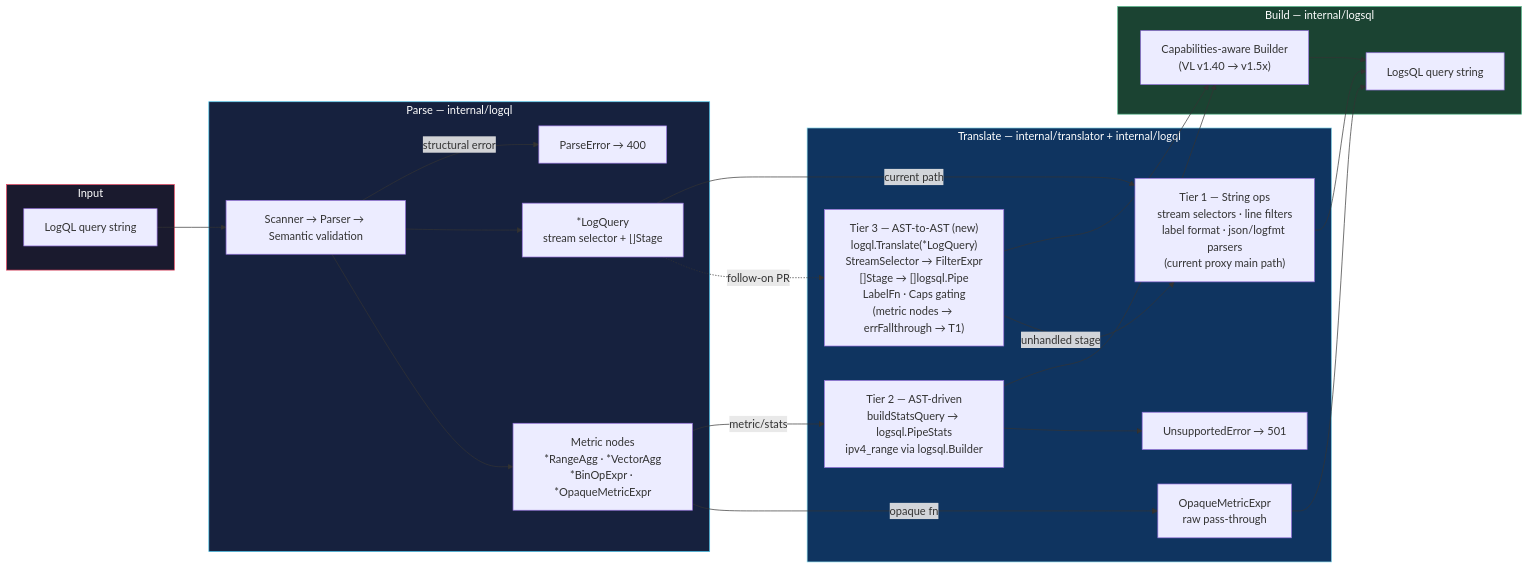
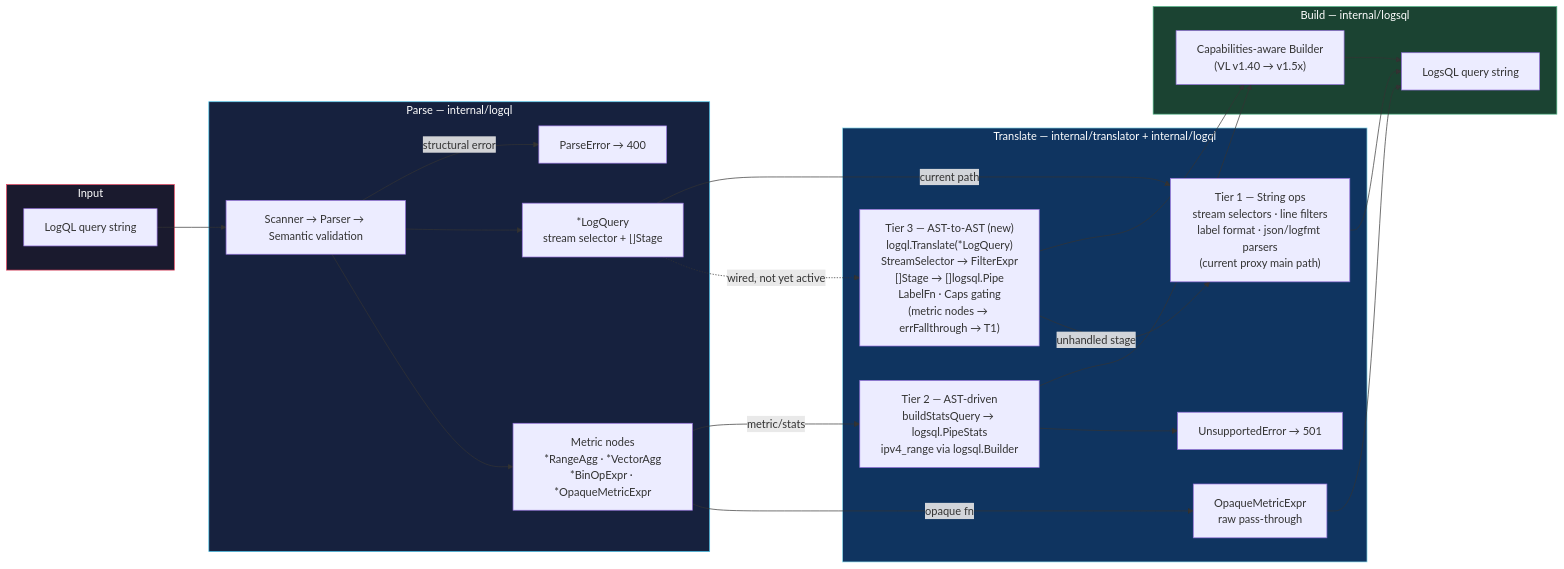
Before and after one commit to ReliablyObserve/loki-vl-proxy: the seventh of 7 diagrams in docs/architecture.md, drawn with Mermaid. The commit also changed other lines of this file and 27 other files, not shown here.

````diff
--- a/docs/architecture.md
+++ b/docs/architecture.md
@@ -385,49 +385,49 @@
 ```mermaid
 flowchart LR
     subgraph Input["Input"]
         LQ["LogQL query string"]
     end
 
     subgraph Parse["Parse — internal/logql"]
         PARSE["Scanner → Parser → Semantic validation"]
         PERR["ParseError → 400"]
         AST_LOG["*LogQuery\nstream selector + []Stage"]
         AST_MET["Metric nodes\n*RangeAgg · *VectorAgg\n*BinOpExpr · *OpaqueMetricExpr"]
     end
 
     subgraph Translate["Translate — internal/translator + internal/logql"]
         T1["Tier 1 — String ops\nstream selectors · line filters\nlabel format · json/logfmt parsers\n(current proxy main path)"]
         T2["Tier 2 — AST-driven\nbuildStatsQuery → logsql.PipeStats\nipv4_range via logsql.Builder"]
         T3["Tier 3 — AST-to-AST (new)\nlogql.Translate(*LogQuery)\nStreamSelector → FilterExpr\n[]Stage → []logsql.Pipe\nLabelFn · Caps gating\n(metric nodes → errFallthrough → T1)"]
         UNSUP["UnsupportedError → 501"]
         RAW["OpaqueMetricExpr\nraw pass-through"]
     end
 
     subgraph Build["Build — internal/logsql"]
         BUILDER["Capabilities-aware Builder\n(VL v1.40 → v1.5x)"]
         LOGSQL["LogsQL query string"]
     end
 
     LQ --> PARSE
     PARSE -->|"structural error"| PERR
     PARSE --> AST_LOG
     PARSE --> AST_MET
 
     AST_LOG -->|"current path"| T1
-    AST_LOG -.->|"follow-on PR"| T3
+    AST_LOG -.->|"wired, not yet active"| T3
     AST_MET -->|"metric/stats"| T2
     AST_MET -->|"opaque fn"| RAW
 
     T1 --> LOGSQL
     T2 --> BUILDER --> LOGSQL
     T2 --> UNSUP
     T3 --> BUILDER
     T3 -->|"unhandled stage"| T1
 
     RAW --> LOGSQL
 
     style Input fill:#1a1a2e,stroke:#e94560,color:#fff
     style Parse fill:#16213e,stroke:#4cc9f0,color:#fff
     style Translate fill:#0f3460,stroke:#90e0ef,color:#fff
     style Build fill:#1b4332,stroke:#52b788,color:#fff
 ```
````
